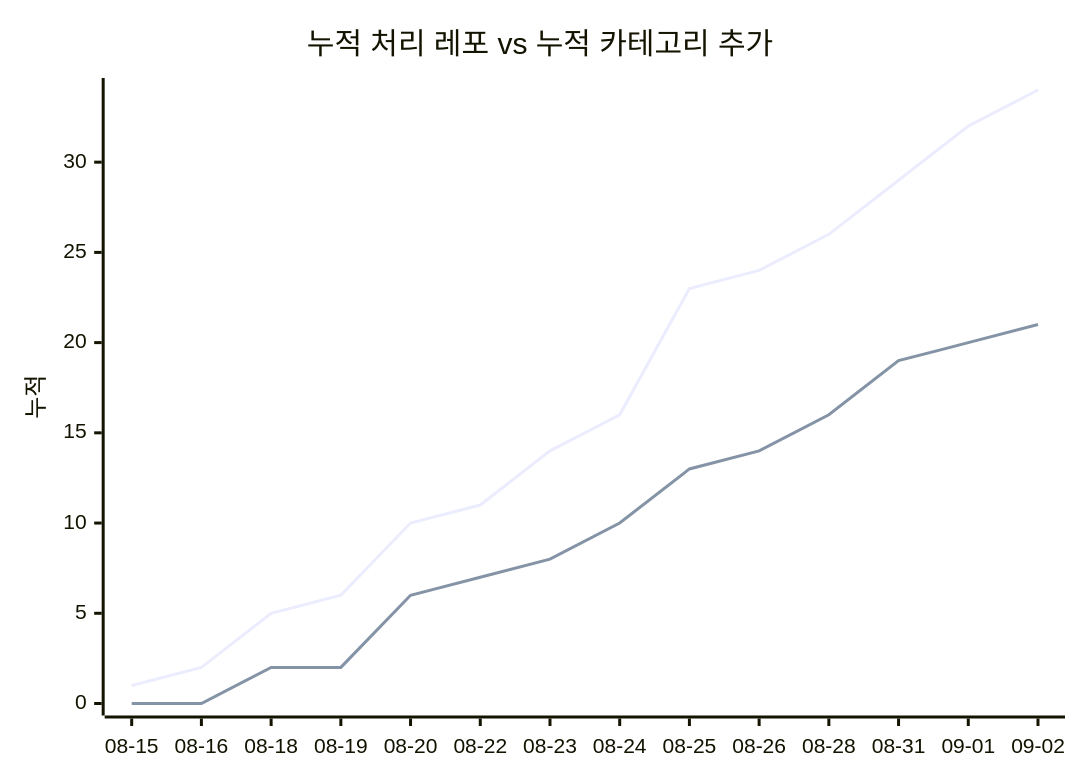
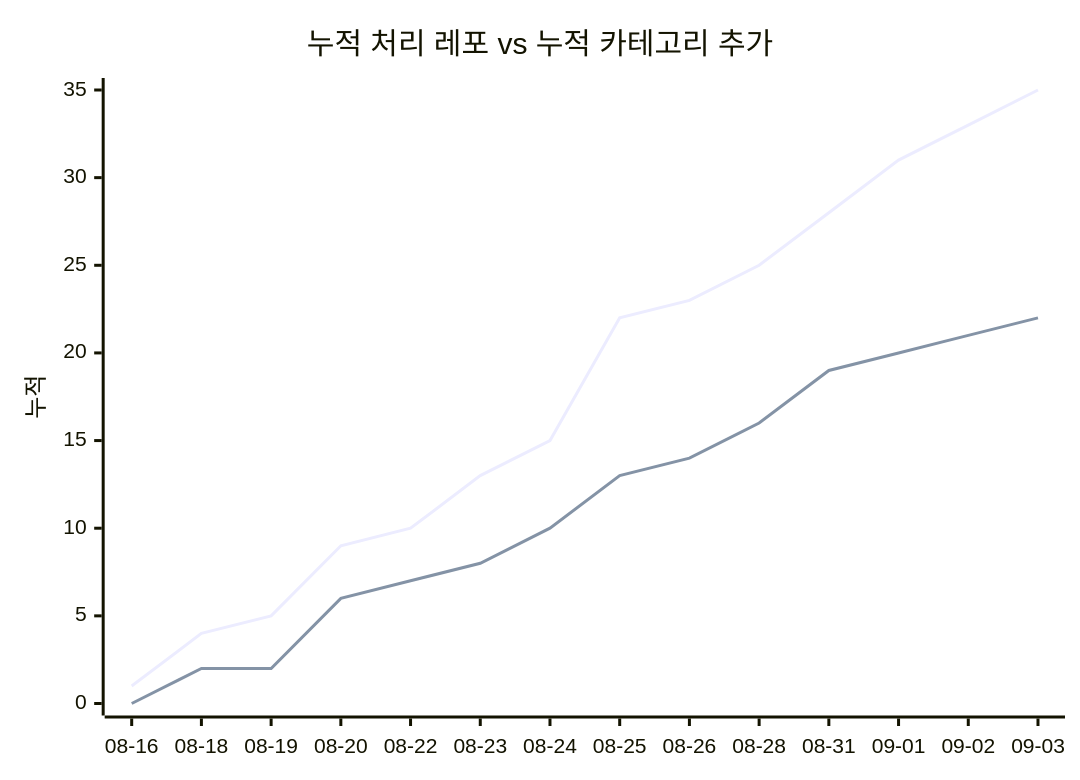
Before and after one commit to J-nowcow/awesome-korean-agent-skills: the second of 2 diagrams in docs/trends.md, drawn with Mermaid. The commit also changed other lines of this file and 4 other files, not shown here.

````diff
--- a/docs/trends.md
+++ b/docs/trends.md
@@ -68,8 +68,8 @@
 ```mermaid
 xychart-beta
     title "누적 처리 레포 vs 누적 카테고리 추가"
-    x-axis ["08-15","08-16","08-18","08-19","08-20","08-22","08-23","08-24","08-25","08-26","08-28","08-31","09-01","09-02"]
+    x-axis ["08-16","08-18","08-19","08-20","08-22","08-23","08-24","08-25","08-26","08-28","08-31","09-01","09-02","09-03"]
     y-axis "누적"
-    line [1,2,5,6,10,11,14,16,23,24,26,29,32,34]
-    line [0,0,2,2,6,7,8,10,13,14,16,19,20,21]
+    line [1,4,5,9,10,13,15,22,23,25,28,31,33,35]
+    line [0,2,2,6,7,8,10,13,14,16,19,20,21,22]
 ```
````
